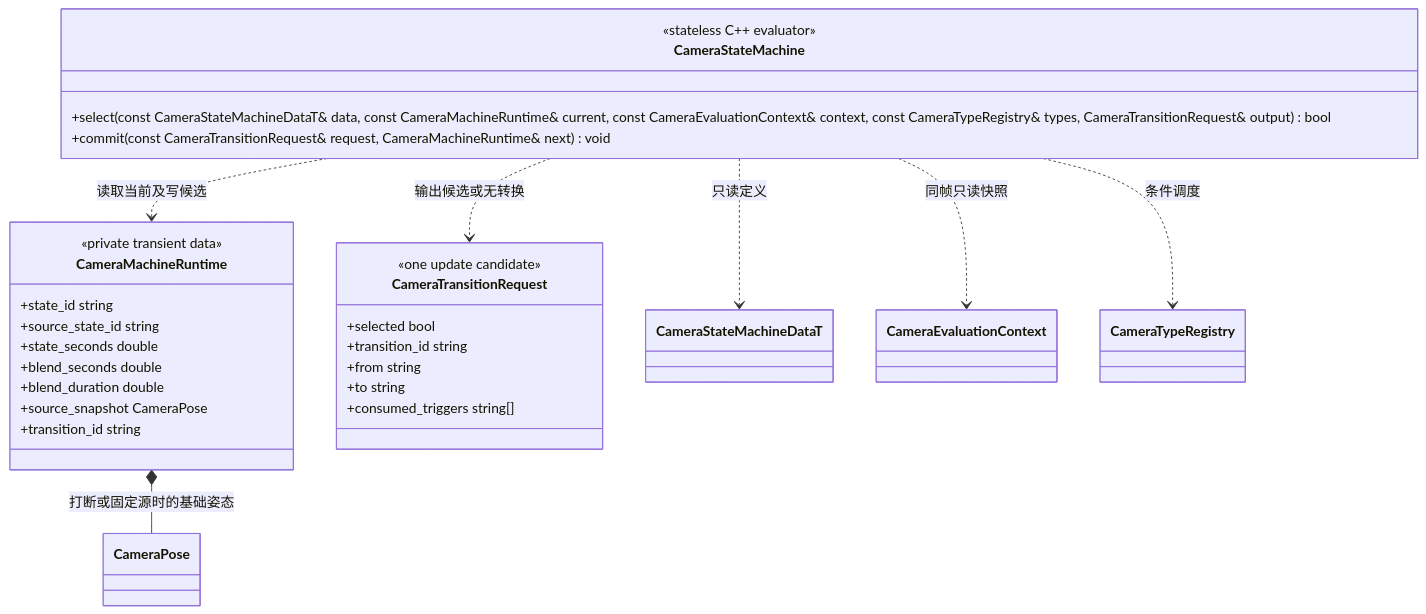
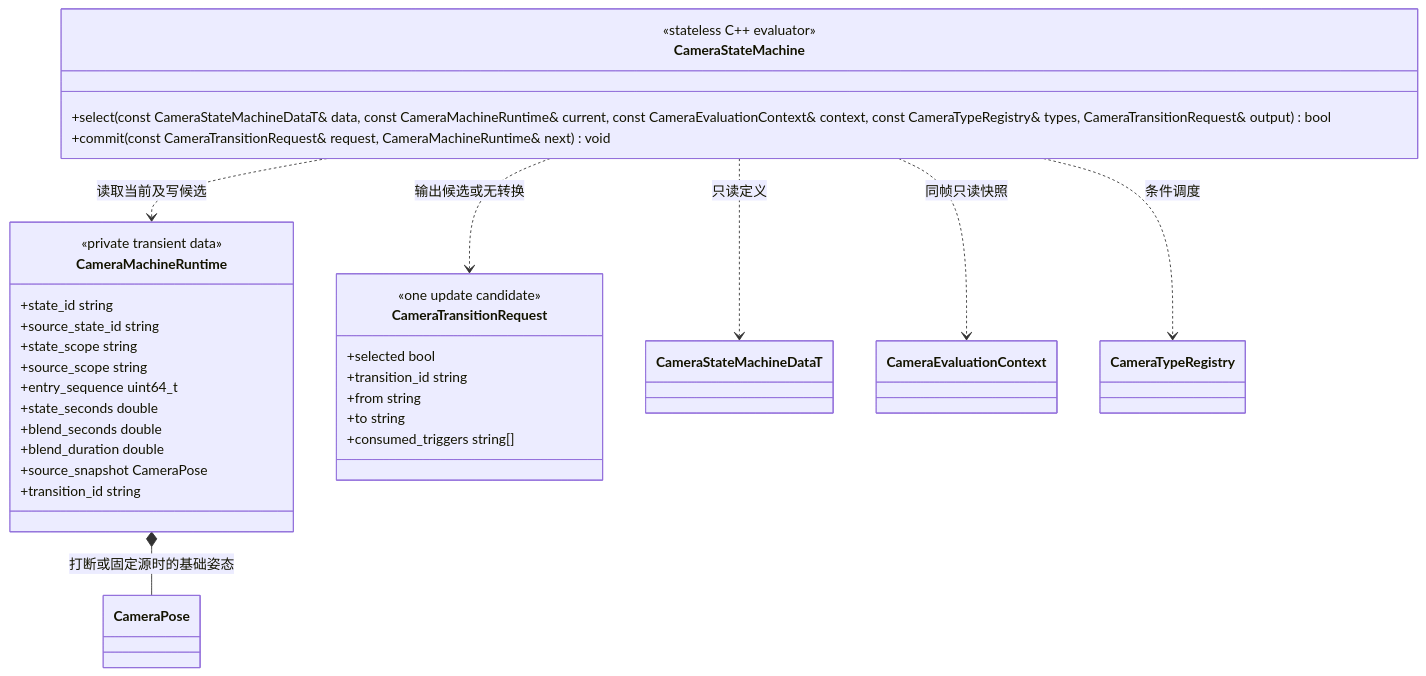
Before and after one commit to lcals/Engine: the third of 3 diagrams in docs/plugins/runtime/class-diagrams/camera-state-machine.md, drawn with Mermaid. The commit also changed other lines of this file and 194 other files, not shown here.

````diff
--- a/docs/plugins/runtime/class-diagrams/camera-state-machine.md
+++ b/docs/plugins/runtime/class-diagrams/camera-state-machine.md
@@ -170,36 +170,39 @@
 ```mermaid
 classDiagram
     class CameraStateMachine {
         <<stateless C++ evaluator>>
         +select(const CameraStateMachineDataT& data, const CameraMachineRuntime& current, const CameraEvaluationContext& context, const CameraTypeRegistry& types, CameraTransitionRequest& output) bool
         +commit(const CameraTransitionRequest& request, CameraMachineRuntime& next) void
     }
     class CameraMachineRuntime {
         <<private transient data>>
         +state_id string
         +source_state_id string
+        +state_scope string
+        +source_scope string
+        +entry_sequence uint64_t
         +state_seconds double
         +blend_seconds double
         +blend_duration double
         +source_snapshot CameraPose
         +transition_id string
     }
     class CameraTransitionRequest {
         <<one update candidate>>
         +selected bool
         +transition_id string
         +from string
         +to string
         +consumed_triggers string[]
     }
     class CameraStateMachineDataT
     class CameraEvaluationContext
     class CameraTypeRegistry
     class CameraPose
     CameraStateMachine ..> CameraStateMachineDataT : 只读定义
     CameraStateMachine ..> CameraMachineRuntime : 读取当前及写候选
     CameraStateMachine ..> CameraEvaluationContext : 同帧只读快照
     CameraStateMachine ..> CameraTypeRegistry : 条件调度
     CameraStateMachine ..> CameraTransitionRequest : 输出候选或无转换
     CameraMachineRuntime *-- CameraPose : 打断或固定源时的基础姿态
 ```
````
